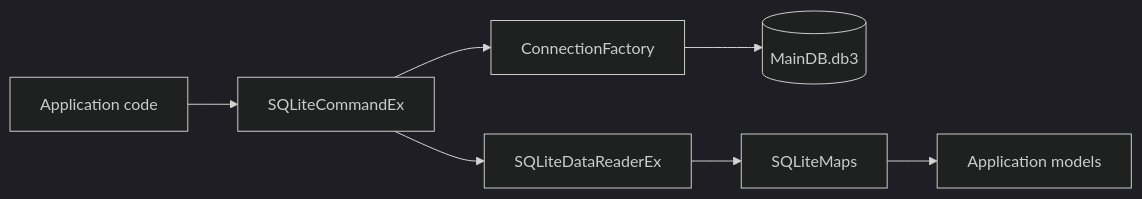
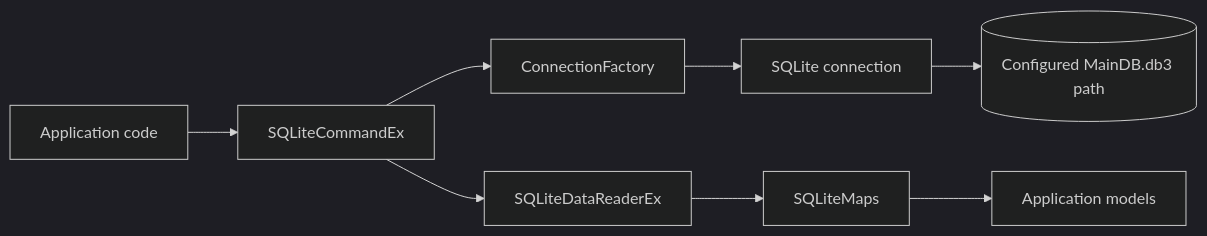
The diagram in materials/deshifrator/docs/data-access-review.md (ekatmoz88-alt/territory-descriptor-unified), drawn with Mermaid (dark theme) before and after one commit. The commit also changed other lines of this file, not shown here.

````diff
--- a/materials/deshifrator/docs/data-access-review.md
+++ b/materials/deshifrator/docs/data-access-review.md
@@ -63,9 +42,10 @@
 ```mermaid
 flowchart LR
   App[Application code] --> Cmd[SQLiteCommandEx<T>]
-  Cmd --> Conn[ConnectionFactory]
-  Conn --> DB[(MainDB.db3)]
+  Cmd --> Factory[ConnectionFactory]
+  Factory --> Conn[SQLite connection]
+  Conn --> DB[(Configured MainDB.db3 path)]
   Cmd --> Reader[SQLiteDataReaderEx]
   Reader --> Maps[SQLiteMaps]
   Maps --> Models[Application models]
 ```
````
